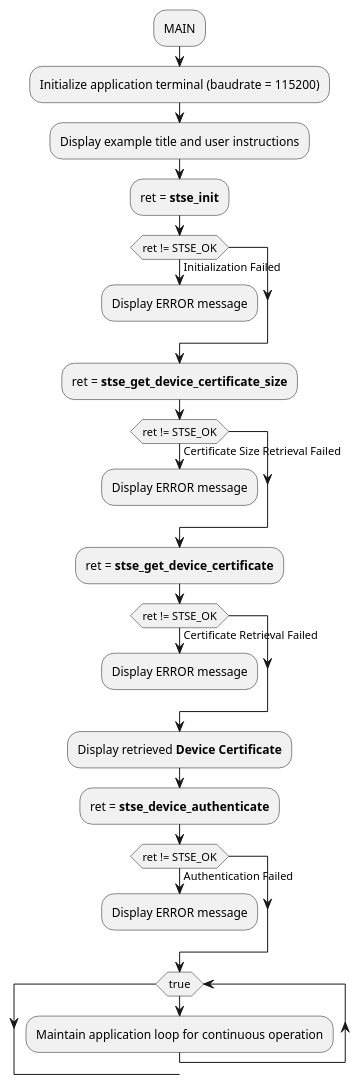
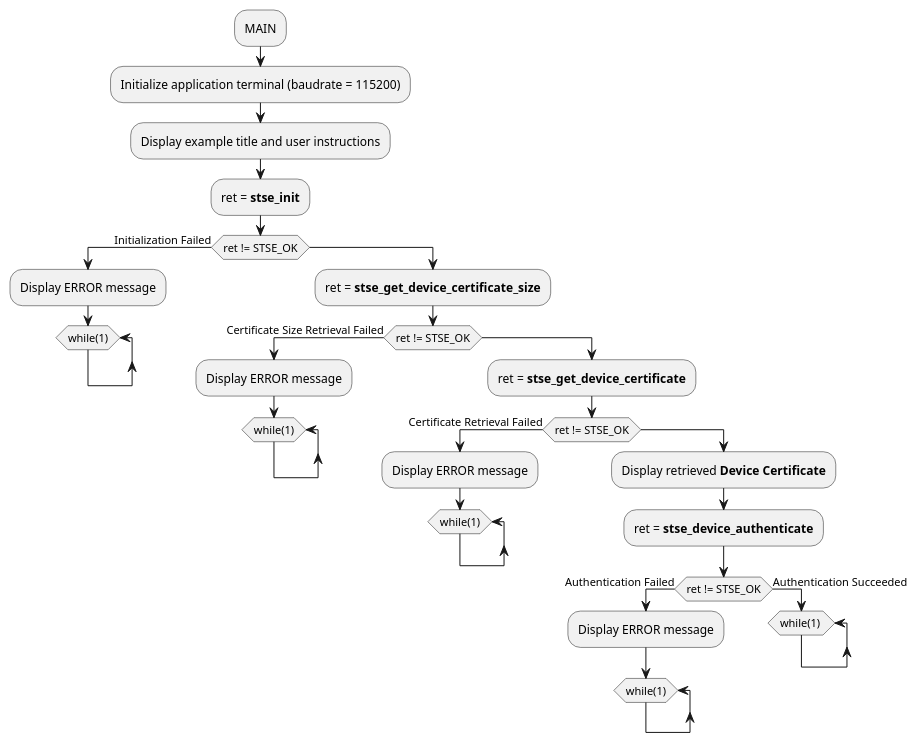
The diagram in Documentation/resources/Markdown/03_Project_examples_description/Device_authentication/STSAFE-A120_Device_authentication.md (Grom-perso/STSAFE-A120_examples_dev), drawn with PlantUML before and after one commit. The commit also changed 54 other files, not shown here.

```diff
--- a/Documentation/resources/Markdown/03_Project_examples_description/Device_authentication/STSAFE-A120_Device_authentication.md
+++ b/Documentation/resources/Markdown/03_Project_examples_description/Device_authentication/STSAFE-A120_Device_authentication.md
@@ -9,35 +9,48 @@
-@startuml{STSAFE-A120_Device_authentication.png} "STSAFE-A120_Device_authentication Example flowchart" width=5cm
+@startuml "STSAFE-A120_Device_authentication Example flowchart" width=5cm
     :MAIN;
     :Initialize application terminal (baudrate = 115200);
     :Display example title and user instructions;
     :ret = <b>stse_init</b>;
     if(ret != STSE_OK) then (Initialization Failed)
         :Display ERROR message;
+        while (while(1))
+        end while
+          -[hidden]->
         detach
-    endif
+    else
 
     :ret = <b>stse_get_device_certificate_size</b>;
     if(ret != STSE_OK) then (Certificate Size Retrieval Failed)
         :Display ERROR message;
+        while (while(1))
+        end while
+          -[hidden]->
         detach
-    endif
+    else
 
     :ret = <b>stse_get_device_certificate</b>;
     if(ret != STSE_OK) then (Certificate Retrieval Failed)
         :Display ERROR message;
+        while (while(1))
+        end while
+          -[hidden]->
         detach
-    endif
+    else
 
     :Display retrieved <b>Device Certificate</b>;
     
     :ret = <b>stse_device_authenticate</b>;
     if(ret != STSE_OK) then (Authentication Failed)
         :Display ERROR message;
+        while (while(1))
+        end while
+          -[hidden]->
         detach
+    else (Authentication Succeeded)
+
+	while (while(1) )
+	end while
+	-[hidden]->
+    detach
     endif
-
-    while (true)
-        :Maintain application loop for continuous operation;
-    end while
-    detach
 @enduml
```
